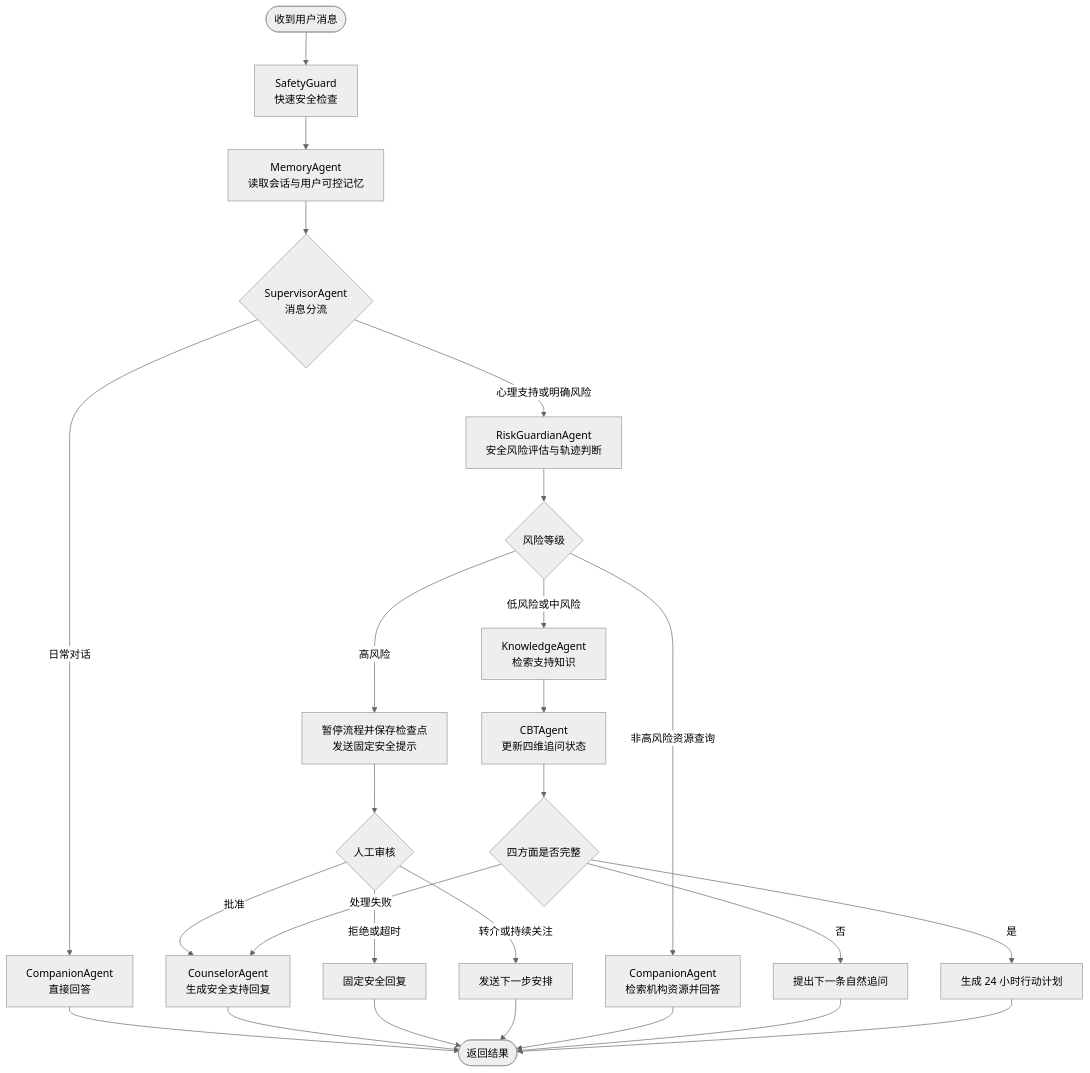
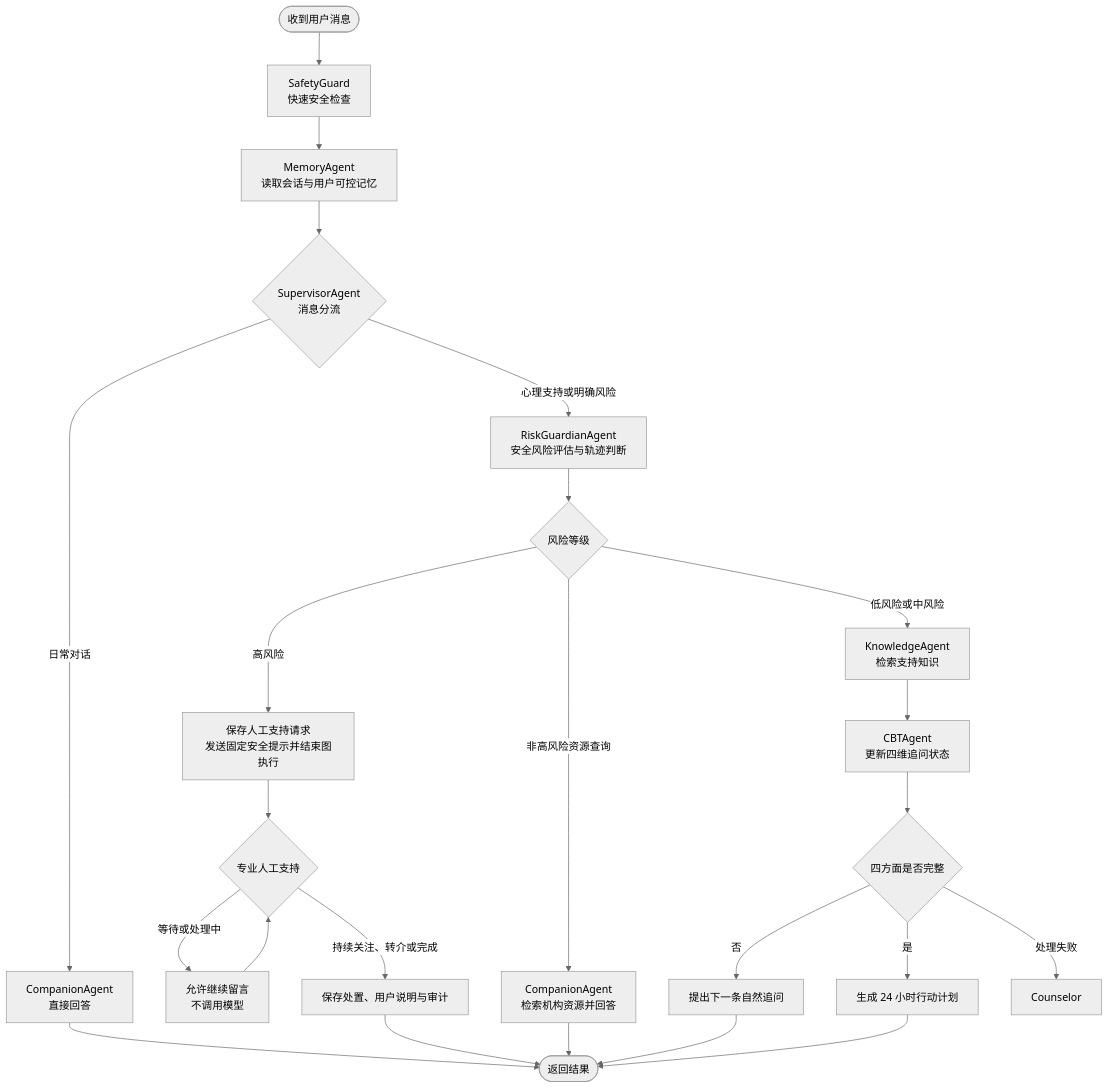
The second of 2 diagrams in README.md (assle/XLing-agent), drawn with Mermaid (neutral theme) before and after one commit. The commit also changed other lines of this file and 38 other files, not shown here.

````diff
--- a/README.md
+++ b/README.md
@@ -69,32 +69,30 @@
 ```mermaid
 flowchart TD
     Start([收到用户消息]) --> Safety[SafetyGuard<br/>快速安全检查]
     Safety --> Memory[MemoryAgent<br/>读取会话与用户可控记忆]
     Memory --> Supervisor{SupervisorAgent<br/>消息分流}
 
     Supervisor -- 日常对话 --> Companion[CompanionAgent<br/>直接回答]
     Companion --> End([返回结果])
 
     Supervisor -- 心理支持或明确风险 --> Guardian[RiskGuardianAgent<br/>安全风险评估与轨迹判断]
     Guardian --> Gate{风险等级}
 
-    Gate -- 高风险 --> Pause[暂停流程并保存检查点<br/>发送固定安全提示]
-    Pause --> Human{人工审核}
-    Human -- 批准 --> Counselor[CounselorAgent<br/>生成安全支持回复]
-    Human -- 拒绝或超时 --> Fallback[固定安全回复]
-    Human -- 转介或持续关注 --> FollowUp[发送下一步安排]
-    Counselor --> End
-    Fallback --> End
+    Gate -- 高风险 --> Handoff[保存人工支持请求<br/>发送固定安全提示并结束图执行]
+    Handoff --> Human{专业人工支持}
+    Human -- 等待或处理中 --> Supplement[允许继续留言<br/>不调用模型]
+    Human -- 持续关注、转介或完成 --> FollowUp[保存处置、用户说明与审计]
+    Supplement --> Human
     FollowUp --> End
 
     Gate -- 低风险或中风险 --> Knowledge[KnowledgeAgent<br/>检索支持知识]
     Gate -- 非高风险资源查询 --> Resource[CompanionAgent<br/>检索机构资源并回答]
     Resource --> End
     Knowledge --> CBT[CBTAgent<br/>更新四维追问状态]
     CBT --> Complete{四方面是否完整}
     Complete -- 否 --> Question[提出下一条自然追问]
     Complete -- 是 --> Plan[生成 24 小时行动计划]
     Complete -- 处理失败 --> Counselor
     Question --> End
     Plan --> End
 ```
````
